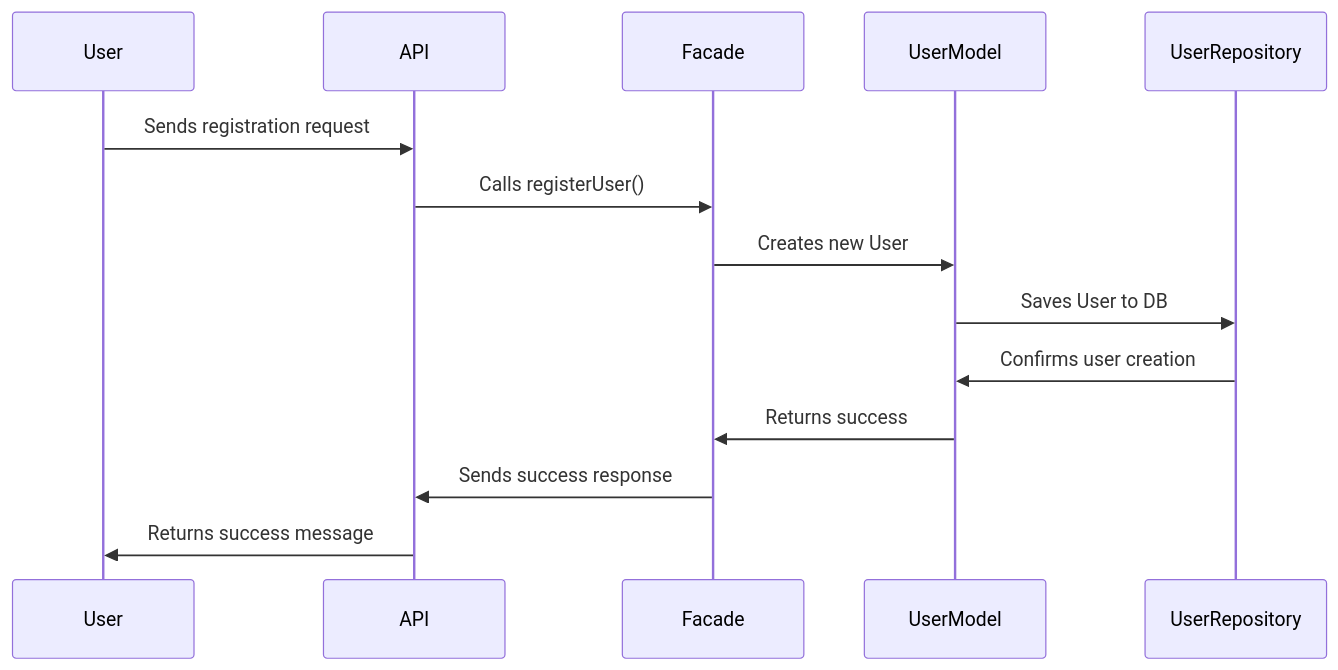
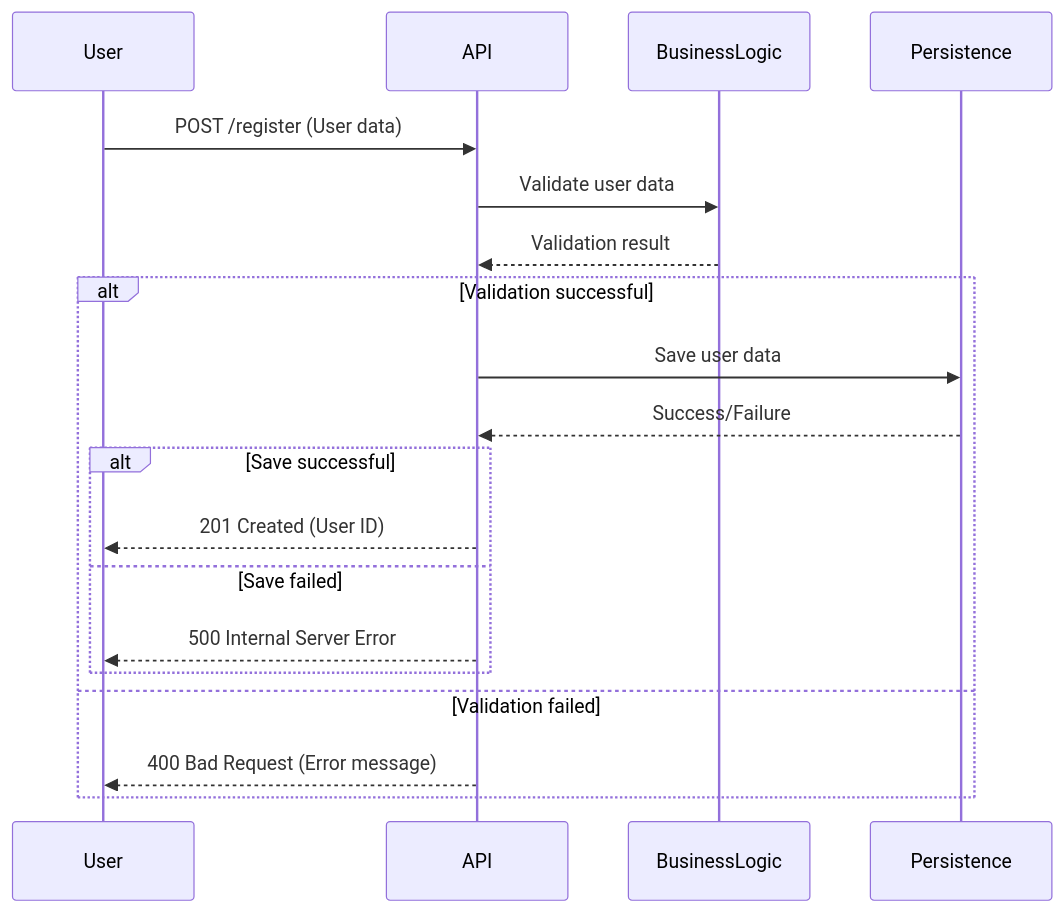
One commit to Nomen-collab/holbertonschool-hbnb changed the third of 6 diagrams in Technical_Documentation.md. Above: the diagram before and after it, drawn with Mermaid. The commit also changed other lines of this file, not shown here.

````diff
--- a/Technical_Documentation.md
+++ b/Technical_Documentation.md
@@ -162,17 +165,22 @@
 ```mermaid
 sequenceDiagram
     participant User
     participant API
-    participant Facade
-    participant UserModel
-    participant UserRepository
+    participant BusinessLogic
+    participant Persistence
 
-    User->>API: Sends registration request
-    API->>Facade: Calls registerUser()
-    Facade->>UserModel: Creates new User
-    UserModel->>UserRepository: Saves User to DB
-    UserRepository->>UserModel: Confirms user creation
-    UserModel->>Facade: Returns success
-    Facade->>API: Sends success response
-    API->>User: Returns success message
+    User->>API: POST /register (User data)
+    API->>BusinessLogic: Validate user data
+    BusinessLogic-->>API: Validation result
+    alt Validation successful
+        API->>Persistence: Save user data
+        Persistence-->>API: Success/Failure
+        alt Save successful
+            API-->>User: 201 Created (User ID)
+        else Save failed
+            API-->>User: 500 Internal Server Error
+        end
+    else Validation failed
+        API-->>User: 400 Bad Request (Error message)
+    end
 ```
````
